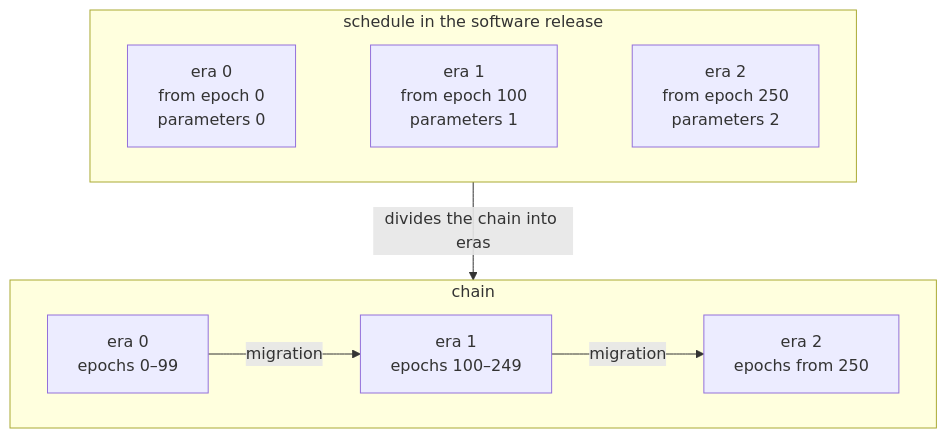
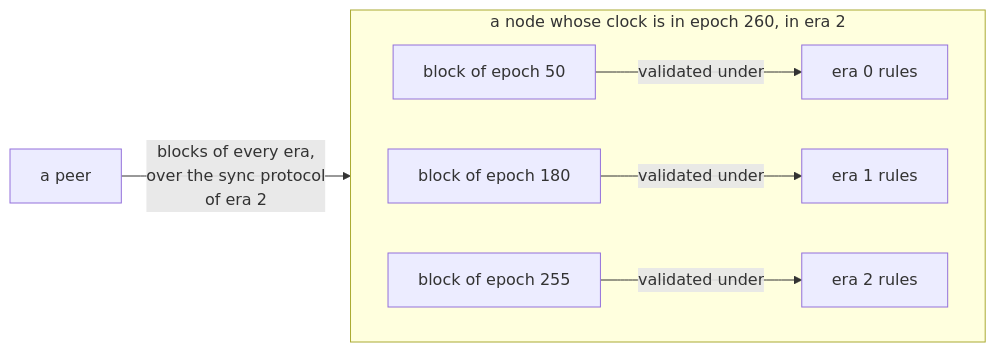
The second of 4 diagrams in docs/blockchain/raw/bedrock-eras.md (logos-co/logos-lips), drawn with Mermaid before and after one commit. The commit also changed other lines of this file, not shown here.

Commit message:
docs(blockchain): redraw the era diagrams as a timeline, a sync example, a release split and the boundary flow

````diff
--- a/docs/blockchain/raw/bedrock-eras.md
+++ b/docs/blockchain/raw/bedrock-eras.md
@@ -36,12 +66,10 @@
 ```mermaid
-flowchart TB
-    subgraph rel["schedule in the software release"]
+flowchart LR
+    peer["a peer"] -- "blocks of every era,<br/>over the sync protocol<br/>of era 2" --> node
+    subgraph node["a node whose clock is in epoch 260, in era 2"]
         direction LR
-        s0["era 0<br/>from epoch 0<br/>parameters 0"] ~~~ s1["era 1<br/>from epoch 100<br/>parameters 1"] ~~~ s2["era 2<br/>from epoch 250<br/>parameters 2"]
+        b0["block of epoch 50"] -- "validated under" --> r0["era 0 rules"]
+        b1["block of epoch 180"] -- "validated under" --> r1["era 1 rules"]
+        b2["block of epoch 255"] -- "validated under" --> r2["era 2 rules"]
     end
-    subgraph chain["chain"]
-        direction LR
-        e0["era 0<br/>epochs 0–99"] -- "migration" --> e1["era 1<br/>epochs 100–249"] -- "migration" --> e2["era 2<br/>epochs from 250"]
-    end
-    rel -- "divides the chain into eras" --> chain
 ```
````
